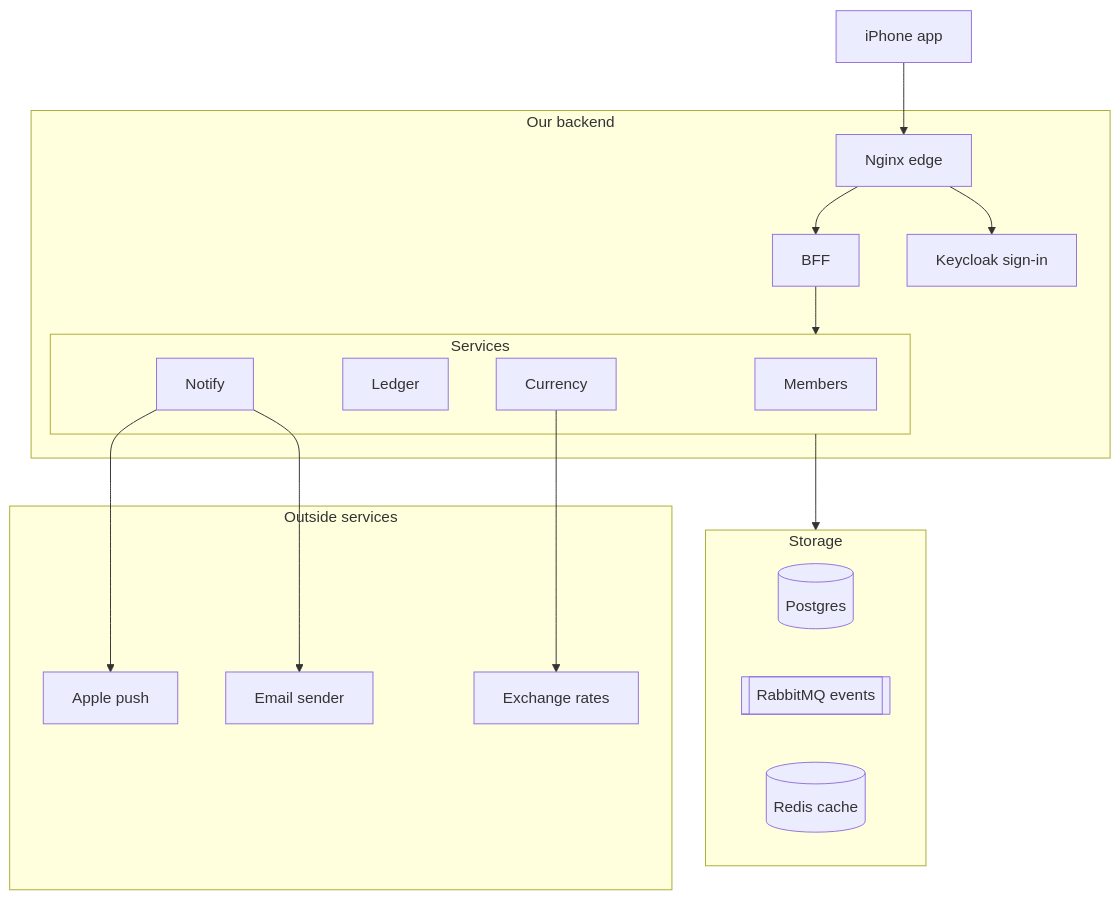
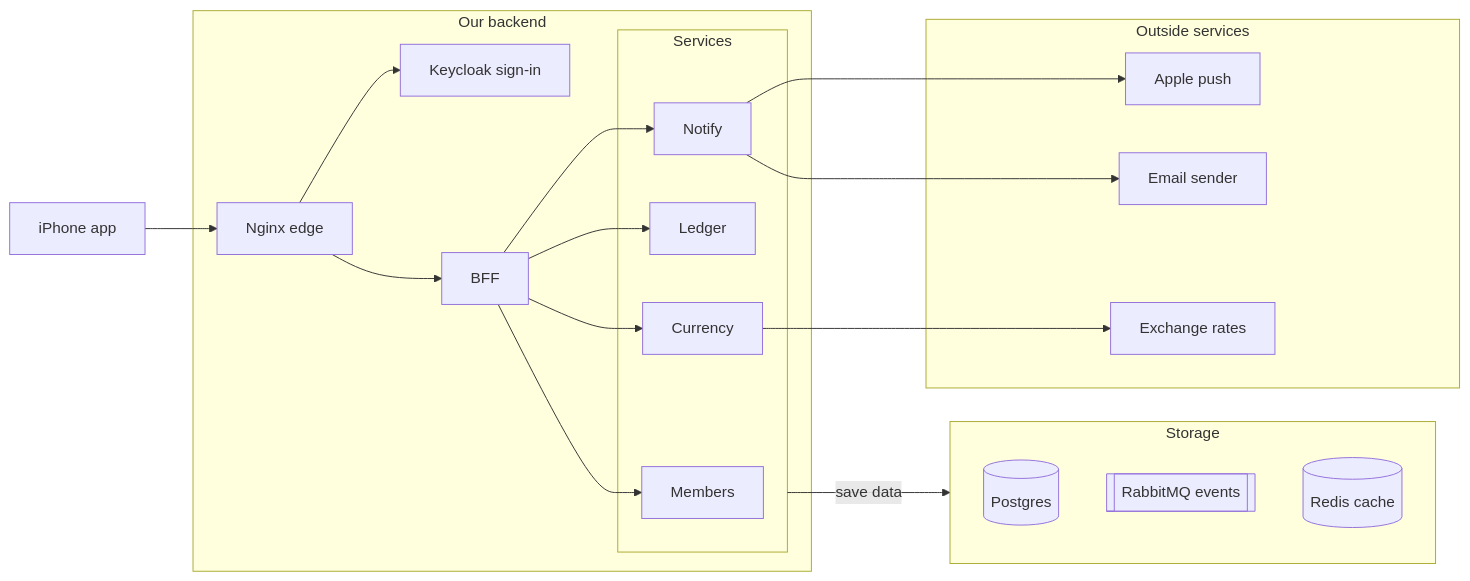
The diagram in README.md (ravialdyh/my-money-recap-monorepo), drawn with Mermaid before and after one commit. The commit also changed other lines of this file, not shown here.

Commit message:
docs: keep the flowchart system diagram

````diff
--- a/README.md
+++ b/README.md
@@ -20,33 +20,36 @@
 ```mermaid
-flowchart TD
+flowchart LR
     phone["iPhone app"]
     subgraph backend["Our backend"]
         edge["Nginx edge"]
+        keycloak["Keycloak sign-in"]
         bff["BFF"]
-        keycloak["Keycloak sign-in"]
         subgraph services["Services"]
             members["Members"]
             ledger["Ledger"]
             notify["Notify"]
             currency["Currency"]
         end
     end
     subgraph storage["Storage"]
         postgres[("Postgres")]
         rabbit[["RabbitMQ events"]]
         redis[("Redis cache")]
     end
     subgraph outside["Outside services"]
         apns["Apple push"]
         mail["Email sender"]
         rates["Exchange rates"]
     end
     phone --> edge
+    edge --> keycloak
     edge --> bff
-    edge --> keycloak
-    bff --> services
-    services --> storage
+    bff --> members
+    bff --> ledger
+    bff --> notify
+    bff --> currency
+    services -- "save data" --> storage
     notify --> apns
     notify --> mail
     currency --> rates
 ```
````
